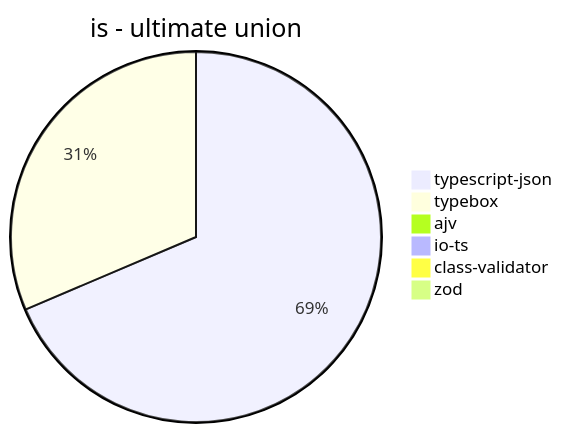
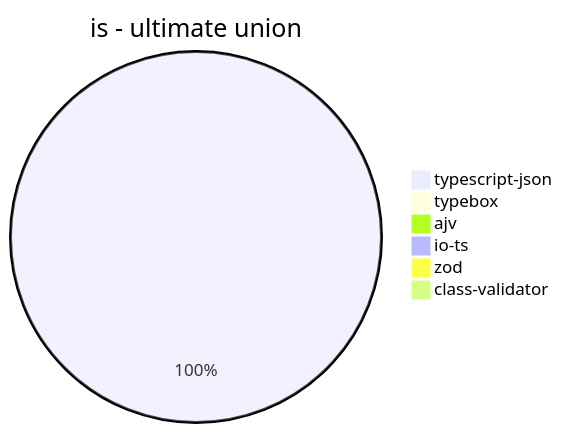
Before and after one commit to samchon/typia: the eighth of 39 diagrams in benchmark/results/11th Gen Intel(R) Core(TM) i5-1135G7 @ 2.40GHz.md, drawn with Mermaid. The commit also changed other lines of this file and 177 other files, not shown here.

````diff
--- a/benchmark/results/11th Gen Intel(R) Core(TM) i5-1135G7 @ 2.40GHz.md
+++ b/benchmark/results/11th Gen Intel(R) Core(TM) i5-1135G7 @ 2.40GHz.md
@@ -98,9 +98,9 @@
 ```mermaid
 pie title is - ultimate union
-  "typescript-json": 547.891350964975
-  "typebox": 250.81967213114754
+  "typescript-json": 443.8122332859175
+  "typebox": 0
   "ajv": 0
   "io-ts": 0
+  "zod": 0
   "class-validator": 0
-  "zod": 0.35379444542720684
 ```
````
